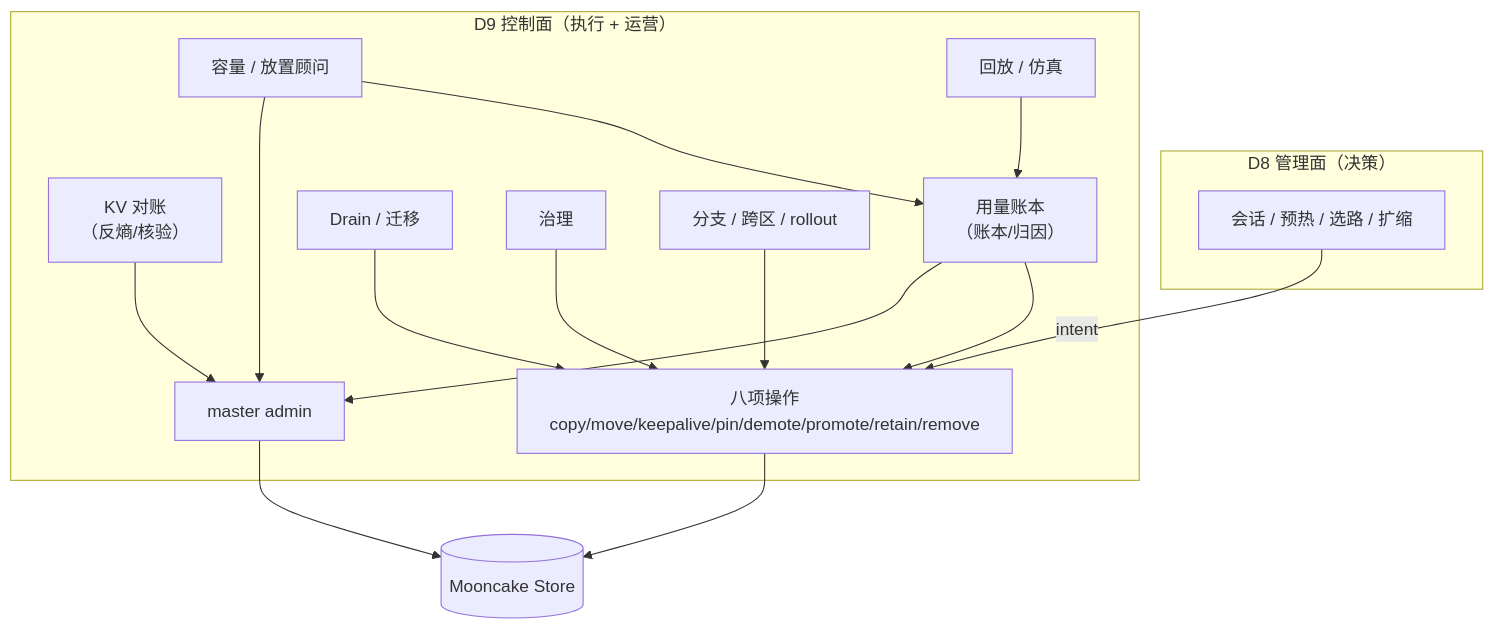
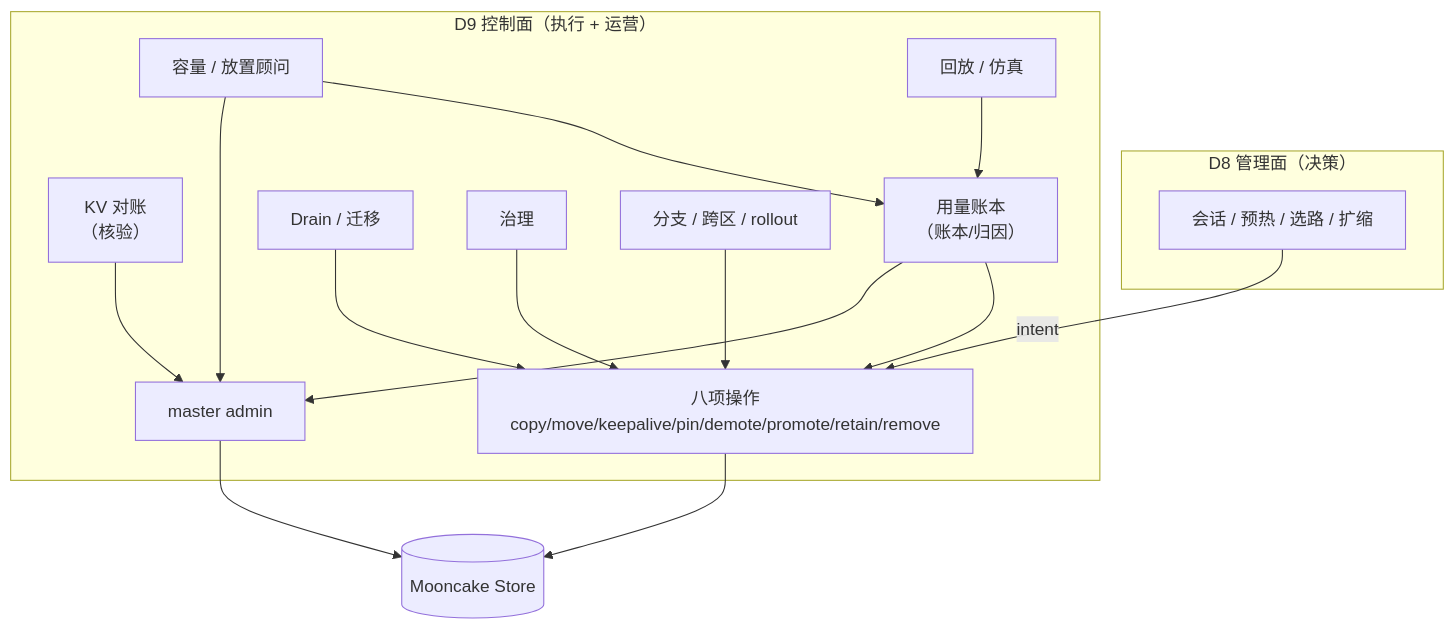
Before and after one commit to 5x8-40/lake: the first of 6 diagrams in kvcm/design/D9-kv-services.md, drawn with Mermaid. The commit also changed other lines of this file and 6 other files, not shown here.

````diff
--- a/kvcm/design/D9-kv-services.md
+++ b/kvcm/design/D9-kv-services.md
@@ -72,31 +72,31 @@
 ```mermaid
 flowchart TB
     subgraph D8["D8 管理面（决策）"]
         L1["会话 / 预热 / 选路 / 扩缩"]
     end
 
     subgraph D9["D9 控制面（执行 + 运营）"]
         OPS["八项操作<br/>copy/move/keepalive/pin/demote/promote/retain/remove"]
-        VER["KV 对账<br/>（反熵/核验）"]
+        VER["KV 对账<br/>（核验）"]
         LED["用量账本<br/>（账本/归因）"]
         CAP["容量 / 放置顾问"]
         DRA["Drain / 迁移"]
         GOV["治理"]
         SIM["回放 / 仿真"]
         EXT["分支 / 跨区 / rollout"]
         ADM["master admin"]
     end
 
     L1 -->|"intent"| OPS
     VER --> ADM
     LED --> OPS
     LED --> ADM
     CAP --> LED
     CAP --> ADM
     DRA --> OPS
     GOV --> OPS
     SIM --> LED
     EXT --> OPS
     OPS --> M[("Mooncake Store")]
     ADM --> M
 ```
````
